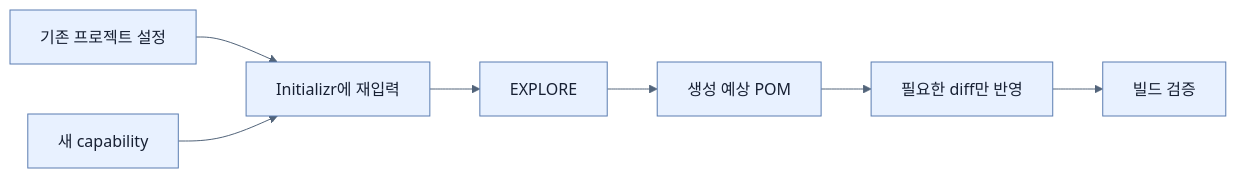
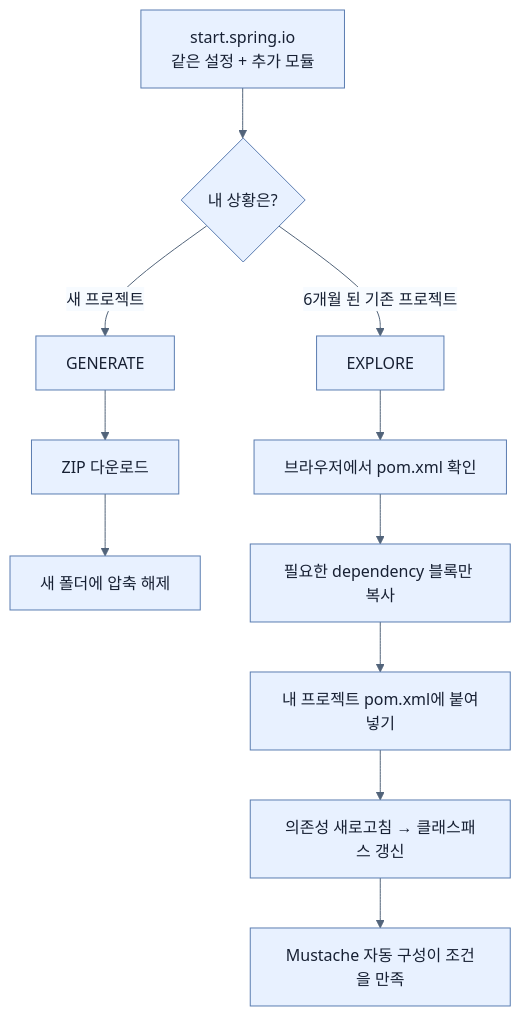
The diagram in spring-boot-4-pdf-notes/part-2-creating-an-application-with-spring-boot/chapter-2-creating-web-and-api-applications-with-spring-boot/03-augmenting-an-existing-project-with-initializr.md (sing-u8/Learning_Spring_Boot_4), drawn with Mermaid before and after one commit. The commit also changed other lines of this file and 253 other files, not shown here.

````diff
--- a/spring-boot-4-pdf-notes/part-2-creating-an-application-with-spring-boot/chapter-2-creating-web-and-api-applications-with-spring-boot/03-augmenting-an-existing-project-with-initializr.md
+++ b/spring-boot-4-pdf-notes/part-2-creating-an-application-with-spring-boot/chapter-2-creating-web-and-api-applications-with-spring-boot/03-augmenting-an-existing-project-with-initializr.md
@@ -32,10 +118,14 @@
 ```mermaid
 %%{init: {'theme': 'base', 'themeVariables': {'background': '#ffffff', 'primaryColor': '#e8f1ff', 'primaryTextColor': '#172033', 'primaryBorderColor': '#5b7db1', 'lineColor': '#52647a', 'secondaryColor': '#f7fbff', 'tertiaryColor': '#fff7df'}}}%%
-flowchart LR
-    A[기존 프로젝트 설정] --> B[Initializr에 재입력]
-    C[새 capability] --> B
-    B --> D[EXPLORE]
-    D --> E[생성 예상 POM]
-    E --> F[필요한 diff만 반영]
-    F --> G[빌드 검증]
+flowchart TD
+    S["start.spring.io<br/>같은 설정 + 추가 모듈"] --> Q{"내 상황은?"}
+    Q -- "새 프로젝트" --> G["GENERATE"]
+    Q -- "6개월 된 기존 프로젝트" --> E["EXPLORE"]
+    G --> Z["ZIP 다운로드"]
+    Z --> N["새 폴더에 압축 해제"]
+    E --> V["브라우저에서 pom.xml 확인"]
+    V --> C["필요한 dependency 블록만 복사"]
+    C --> P["내 프로젝트 pom.xml에 붙여넣기"]
+    P --> R["의존성 새로고침 → 클래스패스 갱신"]
+    R --> A["Mustache 자동 구성이 조건을 만족"]
 ```
````
